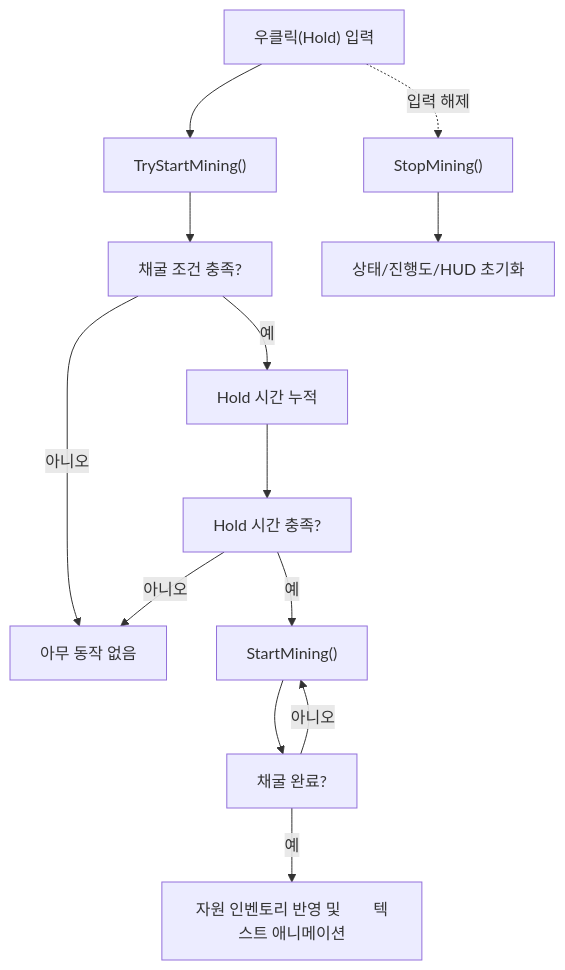
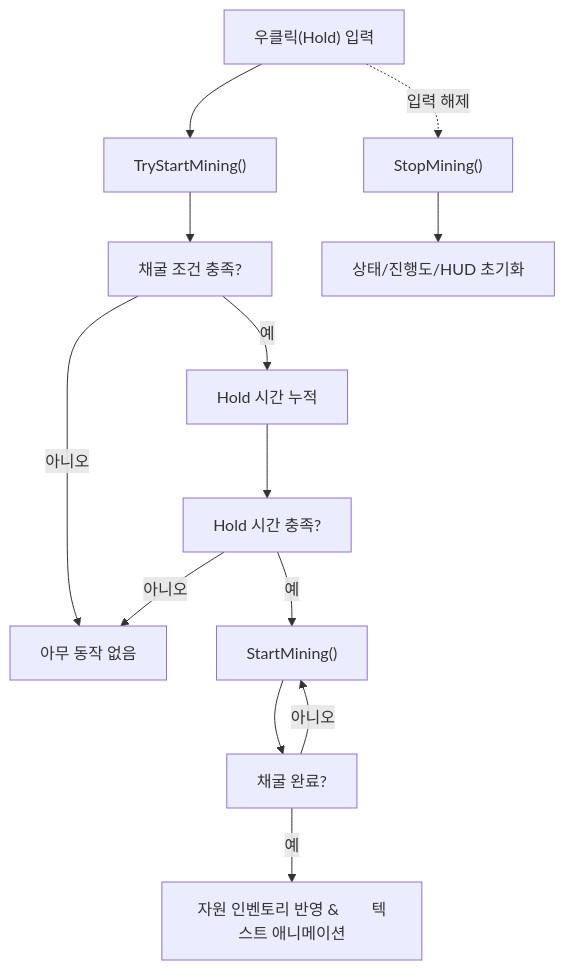
One commit to WJMcode/MBFactorio changed the diagram in README.md. Above: the diagram before and after it, drawn with Mermaid.

````diff
--- a/README.md
+++ b/README.md
@@ -277,15 +277,15 @@
 ```mermaid
 flowchart TD
     S["우클릭(Hold) 입력"] --> T["TryStartMining()"]
     T --> A["채굴 조건 충족?"]
     A -- "아니오" --> E["아무 동작 없음"]
     A -- "예" --> B["Hold 시간 누적"]
     B --> C["Hold 시간 충족?"]
     C -- "아니오" --> E
     C -- "예" --> D["StartMining()"]
     D --> F["채굴 완료?"]
     F -- "아니오" --> D
-    F -- "예" --> G["자원 인벤토리 반영 및        텍스트 애니메이션"]
+    F -- "예" --> G["자원 인벤토리 반영 &        텍스트 애니메이션"]
     S -. "입력 해제" .-> H["StopMining()"]
     H --> I["상태/진행도/HUD 초기화"]
 ```
````
